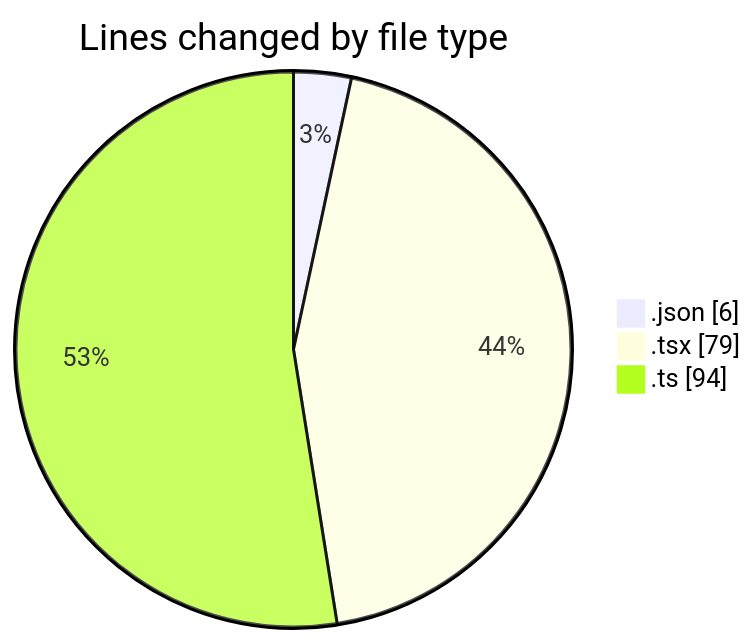
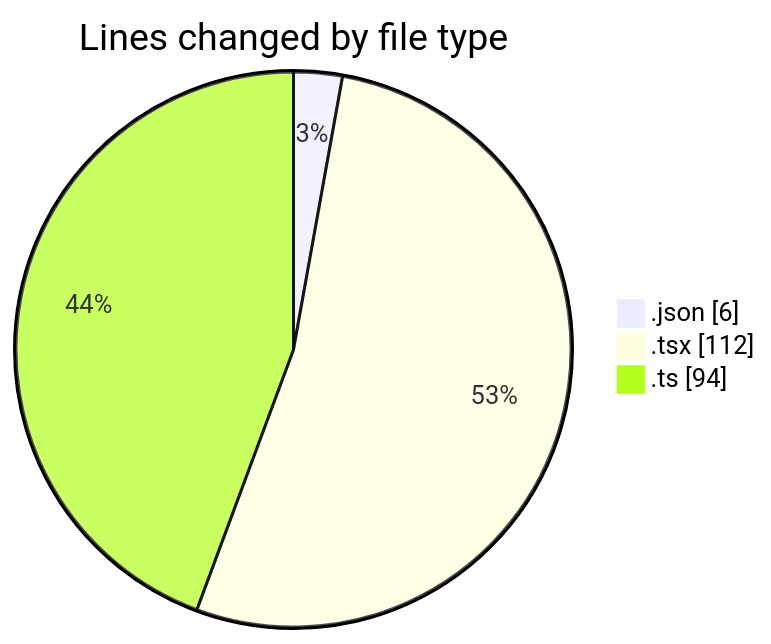
One commit to julien-gomy/code-tracking changed the first of 2 diagrams in 2025-10-29/eventscop-frontend-guide__workspace_/README.md. Above: the diagram before and after it, drawn with Mermaid. The commit also changed other lines of this file and 1 other file, not shown here.

````diff
--- a/2025-10-29/eventscop-frontend-guide__workspace_/README.md
+++ b/2025-10-29/eventscop-frontend-guide__workspace_/README.md
@@ -25,7 +27,7 @@
 ```mermaid
 pie showData
 title Lines changed by file type
 ".json" : 6
-".tsx" : 79
+".tsx" : 112
 ".ts" : 94
 ```
````
